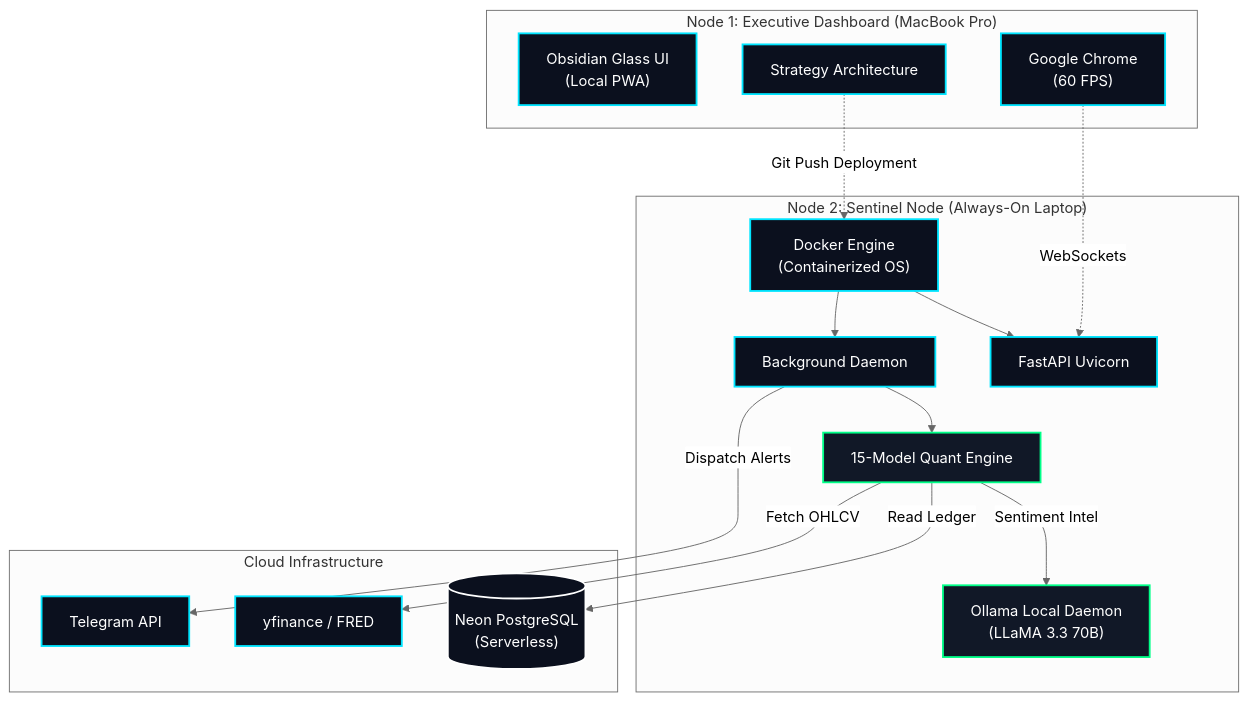
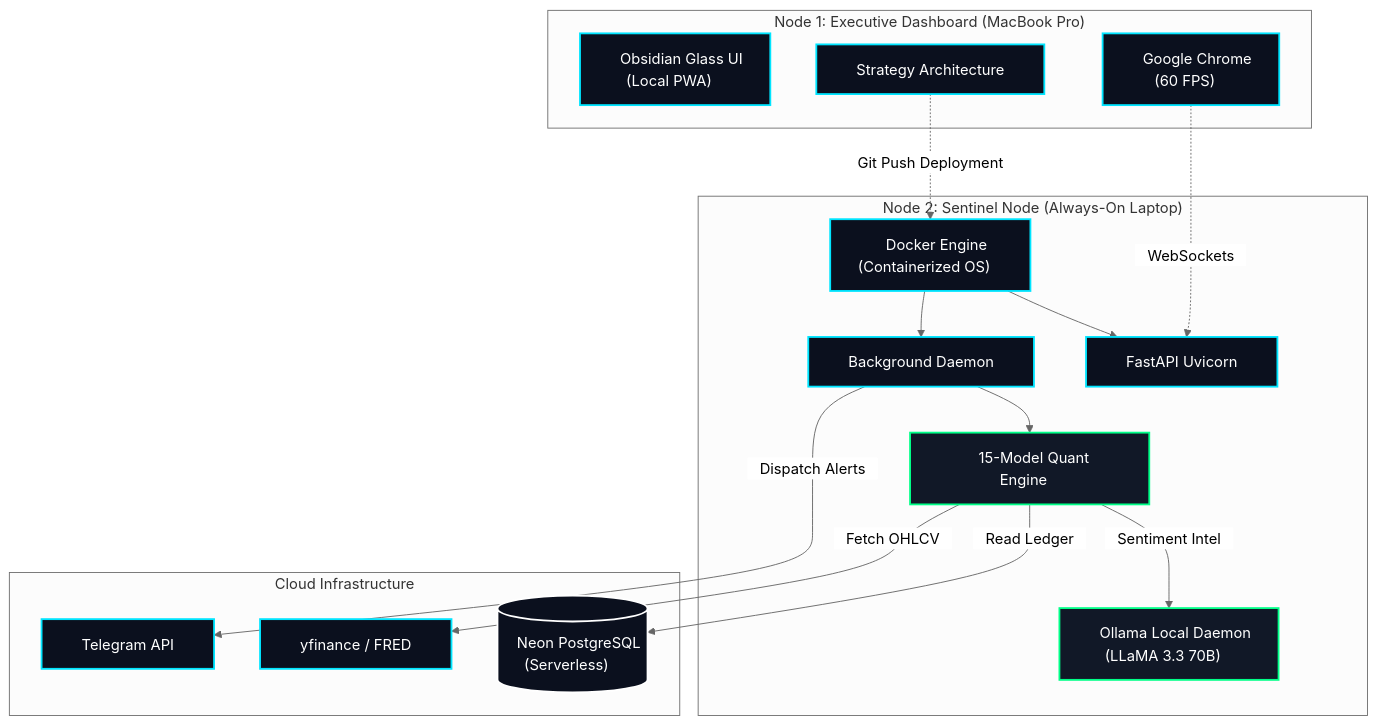
One commit to SaiSiddharthBS/MarketAnalyser changed the second of 5 diagrams in README.md. Above: the diagram before and after it, drawn with Mermaid (neutral theme). The commit also changed other lines of this file, not shown here.

Commit message:
docs: Fix mermaid clipping by stripping markdown strings and injecting structural HTML non-breaking spaces for bounding box pad

````diff
--- a/README.md
+++ b/README.md
@@ -131,41 +131,41 @@
 ```mermaid
 graph TB
-    subgraph "`Node 1: Executive Dashboard (MacBook Pro)`"
-        UI["`Obsidian Glass UI<br/>(Local PWA)`"]
-        Dev["`Strategy Architecture`"]
-        Browser["`Google Chrome<br/>(60 FPS)`"]
+    subgraph "Node 1: Executive Dashboard (MacBook Pro)"
+        UI["&nbsp;&nbsp;&nbsp;Obsidian Glass UI<br/>(Local PWA)&nbsp;&nbsp;&nbsp;"]
+        Dev["&nbsp;&nbsp;&nbsp;Strategy Architecture&nbsp;&nbsp;&nbsp;"]
+        Browser["&nbsp;&nbsp;&nbsp;Google Chrome<br/>(60 FPS)&nbsp;&nbsp;&nbsp;"]
     end
 
-    subgraph "`Node 2: Sentinel Node (Always-On Laptop)`"
-        Docker["`Docker Engine<br/>(Containerized OS)`"]
-        FastAPI["`FastAPI Uvicorn`"]
-        Ollama["`Ollama Local Daemon<br/>(LLaMA 3.3 70B)`"]
-        Cron["`Background Daemon`"]
-        Quant["`15-Model Quant Engine`"]
+    subgraph "Node 2: Sentinel Node (Always-On Laptop)"
+        Docker["&nbsp;&nbsp;&nbsp;Docker Engine<br/>(Containerized OS)&nbsp;&nbsp;&nbsp;"]
+        FastAPI["&nbsp;&nbsp;&nbsp;FastAPI Uvicorn&nbsp;&nbsp;&nbsp;"]
+        Ollama["&nbsp;&nbsp;&nbsp;Ollama Local Daemon<br/>(LLaMA 3.3 70B)&nbsp;&nbsp;&nbsp;"]
+        Cron["&nbsp;&nbsp;&nbsp;Background Daemon&nbsp;&nbsp;&nbsp;"]
+        Quant["&nbsp;&nbsp;&nbsp;15-Model Quant Engine&nbsp;&nbsp;&nbsp;"]
         
         Docker --> FastAPI
         Docker --> Cron
         Cron --> Quant
-        Quant -->|"`Sentiment Intel`"| Ollama
+        Quant -->|"&nbsp;&nbsp;&nbsp;Sentiment Intel&nbsp;&nbsp;&nbsp;"| Ollama
     end
 
-    subgraph "`Cloud Infrastructure`"
-        DB[("`Neon PostgreSQL<br/>(Serverless)`")]
-        TG["`Telegram API`"]
-        Data["`yfinance / FRED`"]
+    subgraph "Cloud Infrastructure"
+        DB[("&nbsp;&nbsp;&nbsp;Neon PostgreSQL<br/>(Serverless)&nbsp;&nbsp;&nbsp;")]
+        TG["&nbsp;&nbsp;&nbsp;Telegram API&nbsp;&nbsp;&nbsp;"]
+        Data["&nbsp;&nbsp;&nbsp;yfinance / FRED&nbsp;&nbsp;&nbsp;"]
     end
 
-    Browser -.->|"`WebSockets`"| FastAPI
-    Quant -->|"`Read Ledger`"| DB
-    Quant -->|"`Fetch OHLCV`"| Data
-    Cron -->|"`Dispatch Alerts`"| TG
-    Dev -.->|"`Git Push Deployment`"| Docker
+    Browser -.->|"&nbsp;&nbsp;&nbsp;WebSockets&nbsp;&nbsp;&nbsp;"| FastAPI
+    Quant -->|"&nbsp;&nbsp;&nbsp;Read Ledger&nbsp;&nbsp;&nbsp;"| DB
+    Quant -->|"&nbsp;&nbsp;&nbsp;Fetch OHLCV&nbsp;&nbsp;&nbsp;"| Data
+    Cron -->|"&nbsp;&nbsp;&nbsp;Dispatch Alerts&nbsp;&nbsp;&nbsp;"| TG
+    Dev -.->|"&nbsp;&nbsp;&nbsp;Git Push Deployment&nbsp;&nbsp;&nbsp;"| Docker
 
     classDef default fill:#0b101e,stroke:#00e5ff,stroke-width:2px,color:#ffffff;
     classDef highlight fill:#111827,stroke:#00ff88,stroke-width:2px,color:#ffffff;
     classDef db fill:#0b101e,stroke:#ffffff,stroke-width:2px,color:#ffffff;
     
     class UI,Dev,Browser,Docker,FastAPI,Cron,TG,Data default;
     class Quant,Ollama highlight;
     class DB db;
 ```
````
